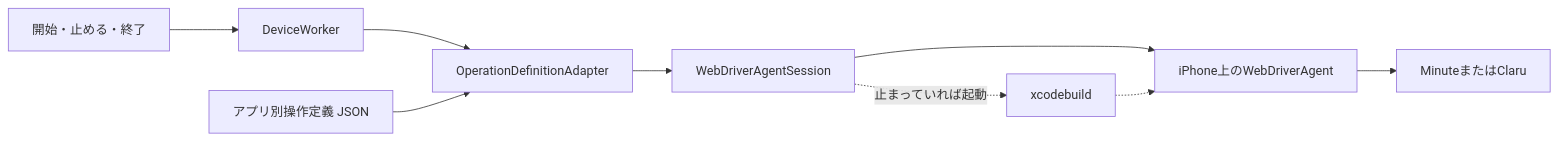
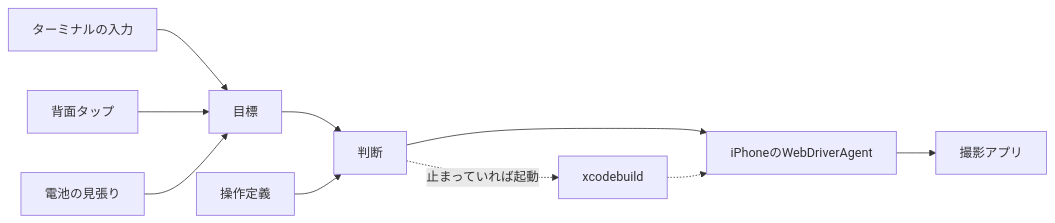
One commit to yudai-mori-2004/field-app-orchestrator changed the diagram in docs/architecture.md. Above: the diagram before and after it, drawn with Mermaid. The commit also changed other lines of this file and 10 other files, not shown here.

````diff
--- a/docs/architecture.md
+++ b/docs/architecture.md
@@ -7,11 +9,12 @@
 ```mermaid
 flowchart LR
-  input[開始・止める・終了] --> worker[DeviceWorker]
-  worker --> adapter[OperationDefinitionAdapter]
-  definition[アプリ別操作定義 JSON] --> adapter
-  adapter --> session[WebDriverAgentSession]
-  session --> wda[iPhone上のWebDriverAgent]
-  session -. 止まっていれば起動 .-> host[xcodebuild]
-  host -.-> wda
-  wda --> app[MinuteまたはClaru]
+  terminal[ターミナルの入力] --> goal[目標]
+  backtap[背面タップ] --> goal
+  battery[電池の見張り] --> goal
+  goal --> worker[判断]
+  definition[操作定義] --> worker
+  worker --> wda[iPhoneのWebDriverAgent]
+  wda --> app[撮影アプリ]
+  worker -. 止まっていれば起動 .-> xcodebuild
+  xcodebuild -.-> wda
 ```
````
